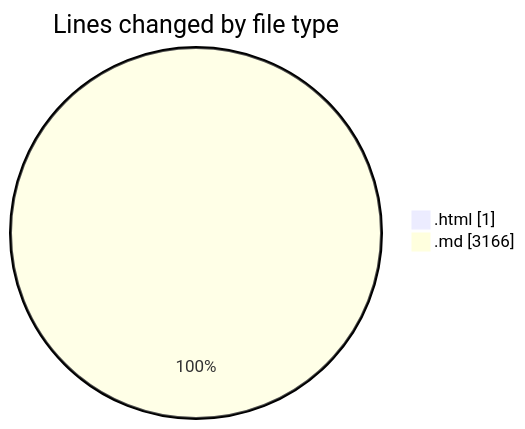
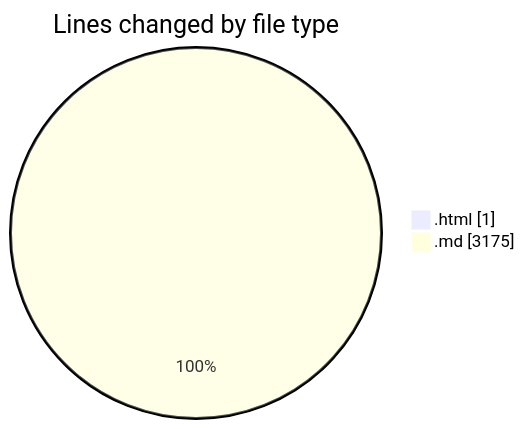
Before and after one commit to Ritupan-Deka/code-tracking: the first of 2 diagrams in 2025-07-08/urlwebwala_intership_work/README.md, drawn with Mermaid. The commit also changed other lines of this file and 1 other file, not shown here.

````diff
--- a/2025-07-08/urlwebwala_intership_work/README.md
+++ b/2025-07-08/urlwebwala_intership_work/README.md
@@ -21,6 +21,6 @@
 ```mermaid
 pie showData
 title Lines changed by file type
 ".html" : 1
-".md" : 3166
+".md" : 3175
 ```
````
